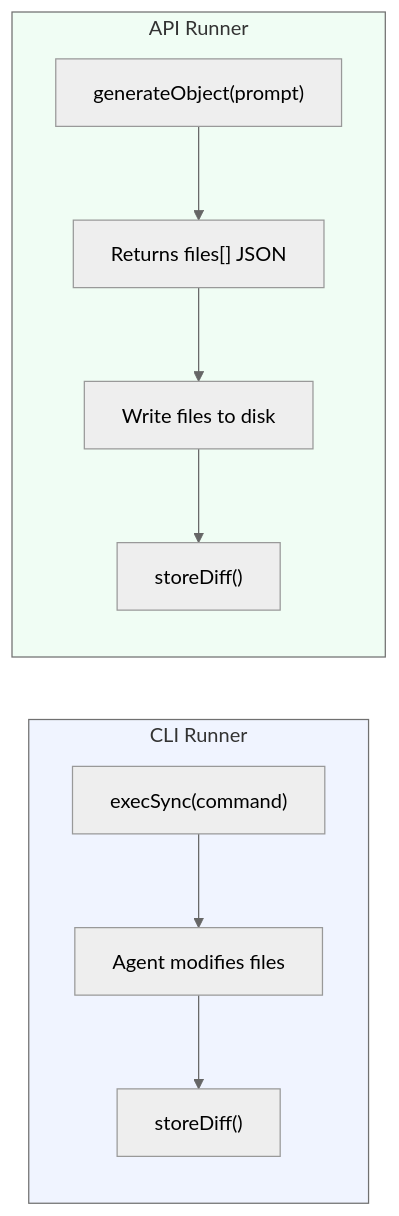
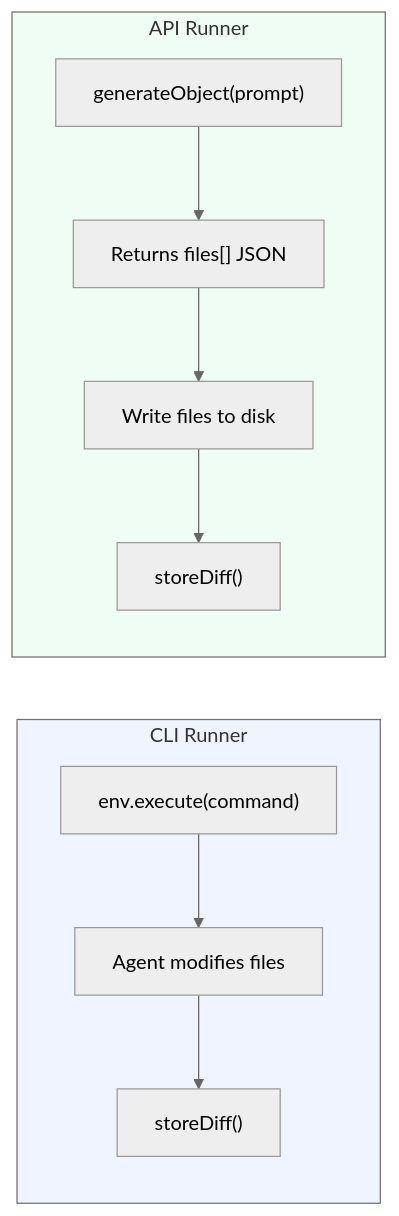
Before and after one commit to Tlahey/agent-eval: the second of 2 diagrams in apps/docs/guide/runners.md, drawn with Mermaid (neutral theme). The commit also changed other lines of this file and 10 other files, not shown here.

````diff
--- a/apps/docs/guide/runners.md
+++ b/apps/docs/guide/runners.md
@@ -260,16 +260,16 @@
 ```mermaid
 flowchart LR
     subgraph CLI["CLI Runner"]
-        A["execSync(command)"] --> B["Agent modifies files"]
+        A["env.execute(command)"] --> B["Agent modifies files"]
         B --> C["storeDiff()"]
     end
 
     subgraph API["API Runner"]
         D["generateObject(prompt)"] --> E["Returns files[] JSON"]
         E --> F["Write files to disk"]
         F --> G["storeDiff()"]
     end
 
     style CLI fill:#f0f4ff
     style API fill:#f0fdf4
 ```
````
